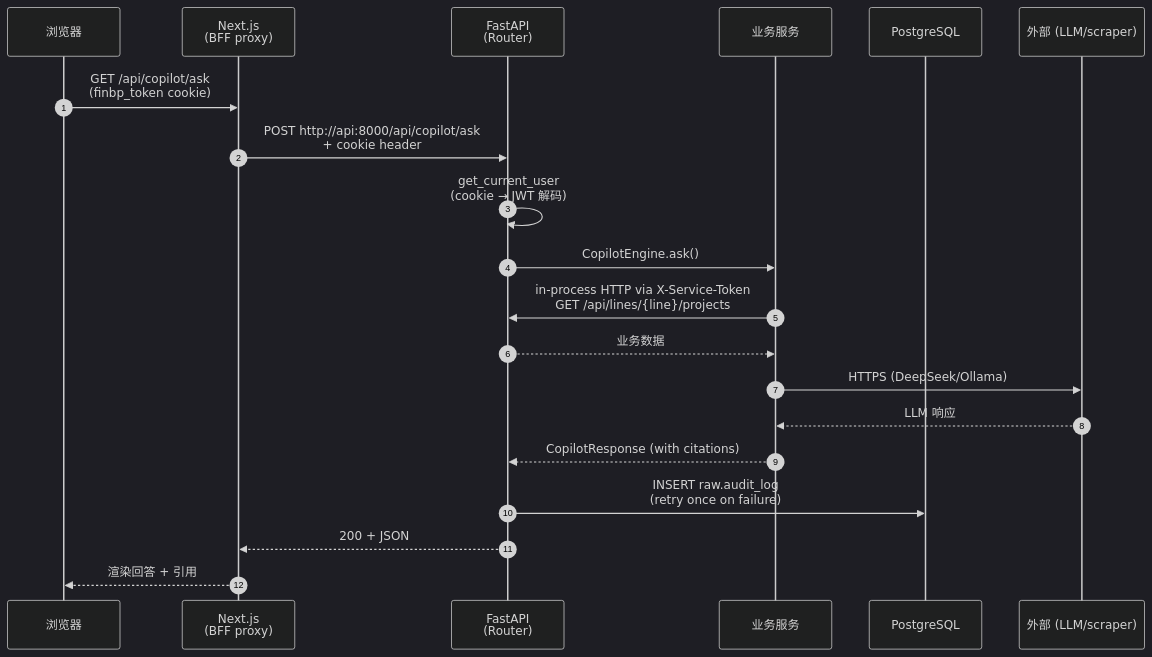
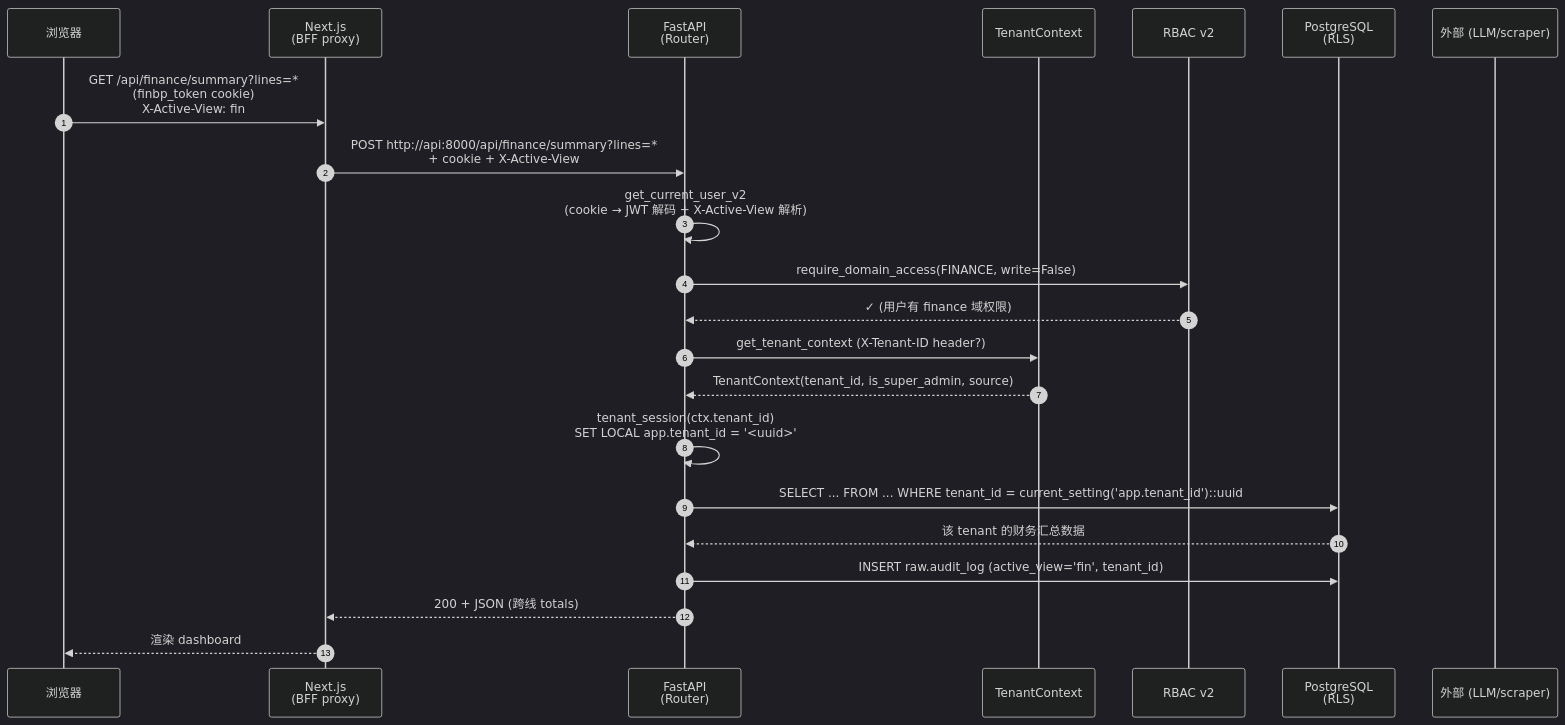
Before and after one commit to Njryadmin/biz-bp-portal: the second of 3 diagrams in README.md, drawn with Mermaid (dark theme). The commit also changed other lines of this file and 14 other files, not shown here.

````diff
--- a/README.md
+++ b/README.md
@@ -100,23 +113,25 @@
 ```mermaid
 sequenceDiagram
     autonumber
     participant U as 浏览器
     participant NX as Next.js<br/>(BFF proxy)
     participant FA as FastAPI<br/>(Router)
-    participant SV as 业务服务
-    participant DB as PostgreSQL
+    participant TC as TenantContext
+    participant RB as RBAC v2
+    participant DB as PostgreSQL<br/>(RLS)
     participant EX as 外部 (LLM/scraper)
 
-    U->>NX: GET /api/copilot/ask<br/>(finbp_token cookie)
-    NX->>FA: POST http://api:8000/api/copilot/ask<br/>+ cookie header
-    FA->>FA: get_current_user<br/>(cookie → JWT 解码)
-    FA->>SV: CopilotEngine.ask()
-    SV->>FA: in-process HTTP via X-Service-Token<br/>GET /api/lines/{line}/projects
-    FA-->>SV: 业务数据
-    SV->>EX: HTTPS (DeepSeek/Ollama)
-    EX-->>SV: LLM 响应
-    SV-->>FA: CopilotResponse (with citations)
-    FA->>DB: INSERT raw.audit_log<br/>(retry once on failure)
-    FA-->>NX: 200 + JSON
-    NX-->>U: 渲染回答 + 引用
+    U->>NX: GET /api/finance/summary?lines=*<br/>(finbp_token cookie)<br/>X-Active-View: fin
+    NX->>FA: POST http://api:8000/api/finance/summary?lines=*<br/>+ cookie + X-Active-View
+    FA->>FA: get_current_user_v2<br/>(cookie → JWT 解码 + X-Active-View 解析)
+    FA->>RB: require_domain_access(FINANCE, write=False)
+    RB-->>FA: ✓ (用户有 finance 域权限)
+    FA->>TC: get_tenant_context (X-Tenant-ID header?)
+    TC-->>FA: TenantContext(tenant_id, is_super_admin, source)
+    FA->>FA: tenant_session(ctx.tenant_id)<br/>SET LOCAL app.tenant_id = '<uuid>'
+    FA->>DB: SELECT ... FROM ... WHERE tenant_id = current_setting('app.tenant_id')::uuid
+    DB-->>FA: 该 tenant 的财务汇总数据
+    FA->>DB: INSERT raw.audit_log (active_view='fin', tenant_id)
+    FA-->>NX: 200 + JSON (跨线 totals)
+    NX-->>U: 渲染 dashboard
 ```
````
